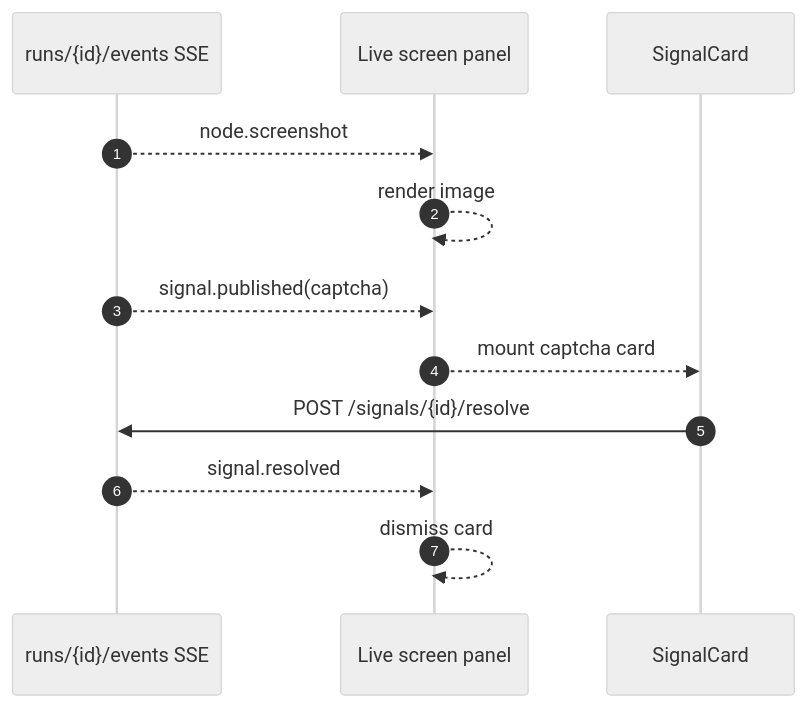
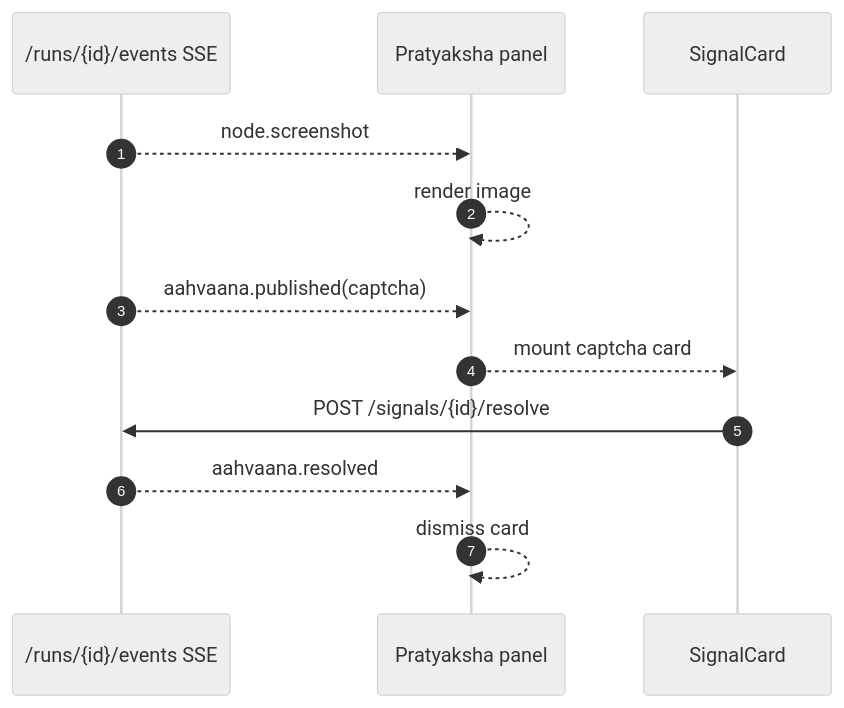
One commit to so-weak/Aakaar changed the seventh of 8 diagrams in documentation/src/04-Frontend-Architecture.md. Above: the diagram before and after it, drawn with Mermaid (neutral theme). The commit also changed other lines of this file and 56 other files, not shown here.

````diff
--- a/documentation/src/04-Frontend-Architecture.md
+++ b/documentation/src/04-Frontend-Architecture.md
@@ -203,15 +203,15 @@
 ```mermaid
 sequenceDiagram
   autonumber
-  participant API as runs/{id}/events SSE
-  participant SP as Live screen panel
+  participant API as /runs/{id}/events SSE
+  participant SP as Pratyaksha panel
   participant SC as SignalCard
 
   API-->>SP: node.screenshot
   SP-->>SP: render image
-  API-->>SP: signal.published(captcha)
+  API-->>SP: aahvaana.published(captcha)
   SP-->>SC: mount captcha card
   SC->>API: POST /signals/{id}/resolve
-  API-->>SP: signal.resolved
+  API-->>SP: aahvaana.resolved
   SP-->>SP: dismiss card
 ```
````
